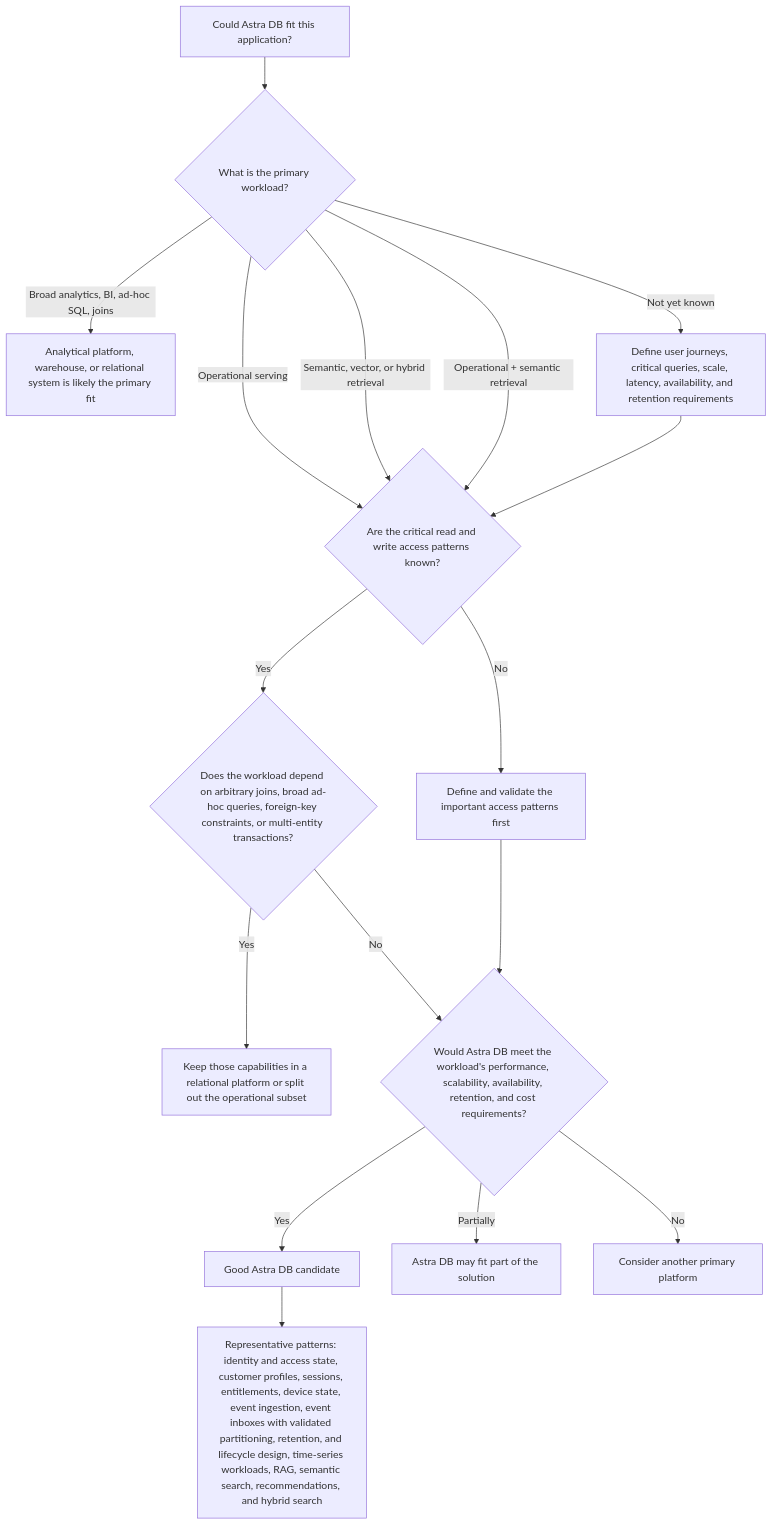
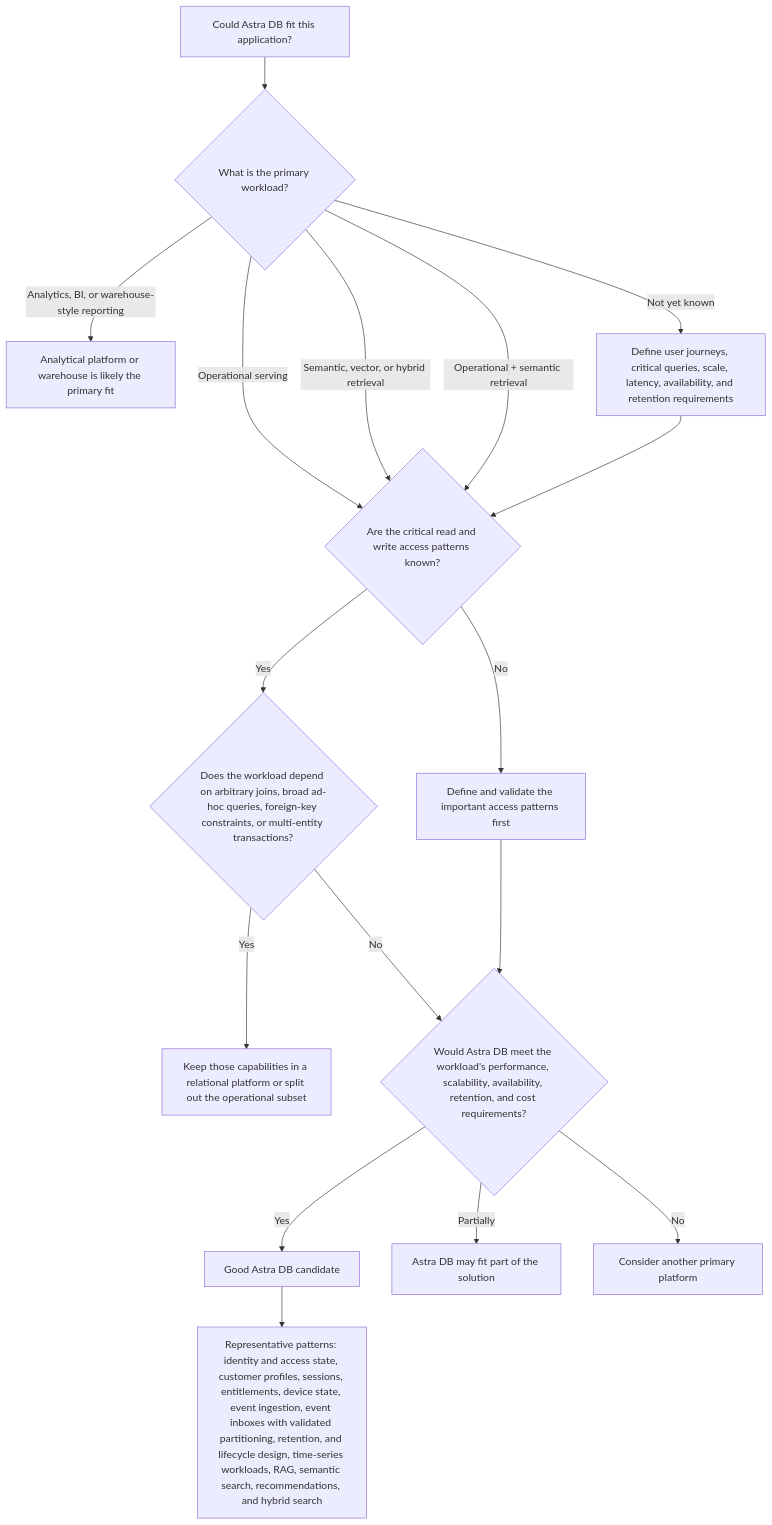
Before and after one commit to difli/astra-db-enablement: the first of 2 diagrams in 01-why-astra-db/why-astra-db.md, drawn with Mermaid. The commit also changed 1 other file, not shown here.

Commit message:
Keep analytics as the product distinct from relational hot-path checks, and drop the README recap that module 06 already covers.

````diff
--- a/01-why-astra-db/why-astra-db.md
+++ b/01-why-astra-db/why-astra-db.md
@@ -30,40 +30,40 @@
 ```mermaid
 flowchart TD
   start["Could Astra DB fit this application?"]
 
   start --> workload{"What is the primary workload?"}
 
   workload -->|"Operational serving"| access
   workload -->|"Semantic, vector, or hybrid retrieval"| access
   workload -->|"Operational + semantic retrieval"| access
 
-  workload -->|"Broad analytics, BI, ad-hoc SQL, joins"| analytical["Analytical platform, warehouse, or relational system is likely the primary fit"]
+  workload -->|"Analytics, BI, or warehouse-style reporting"| analytical["Analytical platform or warehouse is likely the primary fit"]
 
   workload -->|"Not yet known"| discovery["Define user journeys, critical queries, scale, latency, availability, and retention requirements"]
 
   discovery --> access
 
   access{"Are the critical read and write access patterns known?"}
 
   access -->|"No"| design["Define and validate the important access patterns first"]
 
   access -->|"Yes"| relational
 
   relational{"Does the workload depend on arbitrary joins, broad ad-hoc queries, foreign-key constraints, or multi-entity transactions?"}
 
   relational -->|"Yes"| relationalfit["Keep those capabilities in a relational platform or split out the operational subset"]
 
   relational -->|"No"| validation
 
   design --> validation
 
   validation{"Would Astra DB meet the workload's performance, scalability, availability, retention, and cost requirements?"}
 
   validation -->|"Yes"| fit["Good Astra DB candidate"]
 
   validation -->|"Partially"| polyglot["Astra DB may fit part of the solution"]
 
   validation -->|"No"| other["Consider another primary platform"]
 
   fit --> examples["Representative patterns: identity and access state, customer profiles, sessions, entitlements, device state, event ingestion, event inboxes with validated partitioning, retention, and lifecycle design, time-series workloads, RAG, semantic search, recommendations, and hybrid search"]
 ```
````
